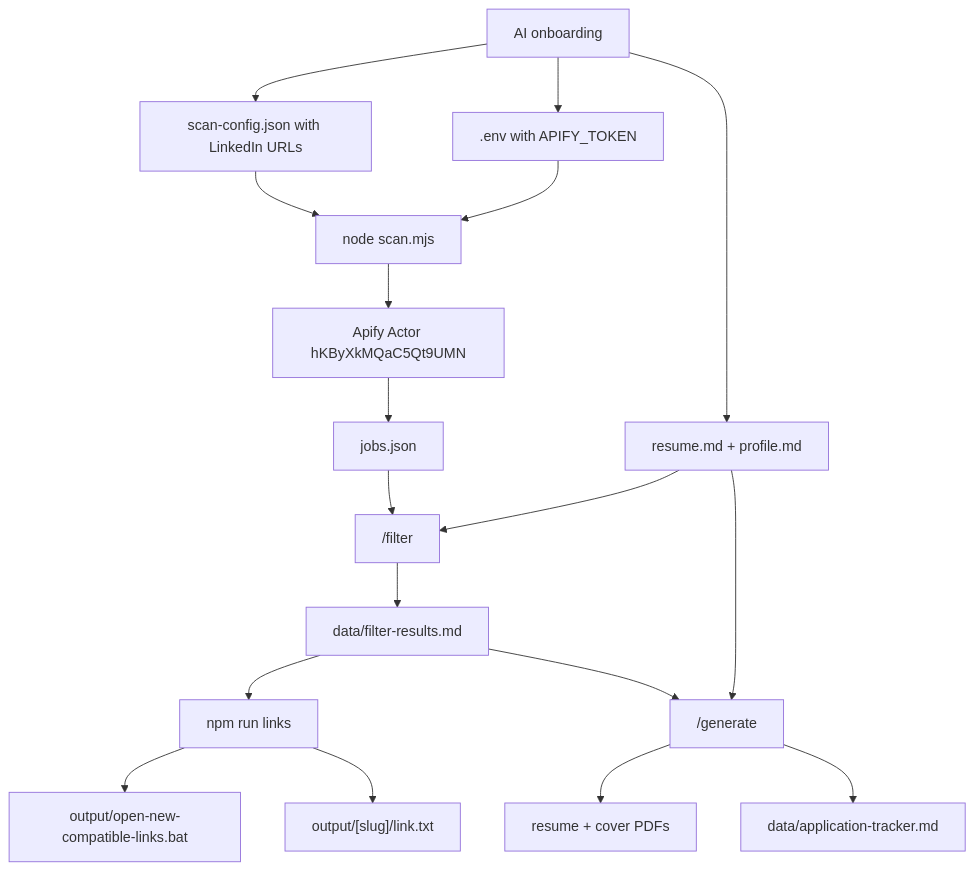
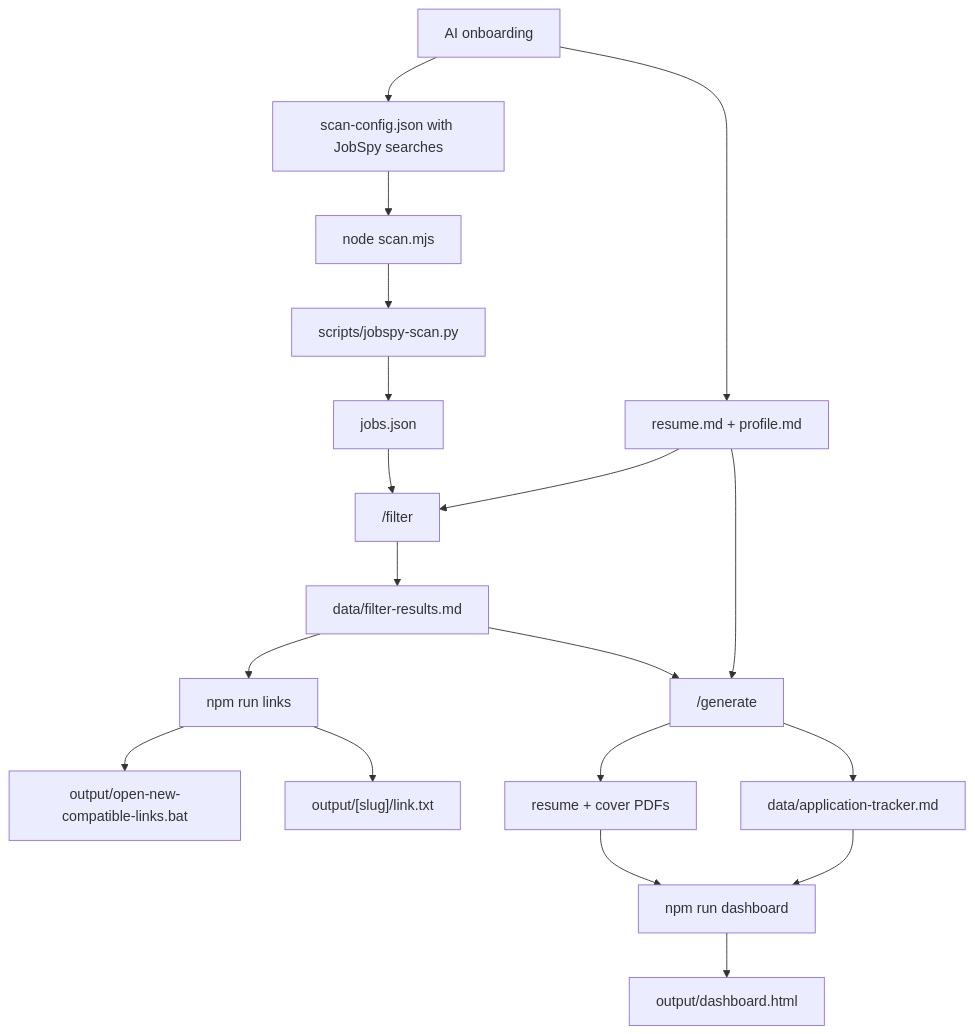
Before and after one commit to PoPoGne/job-scout-agent: the diagram in README.md, drawn with Mermaid. The commit also changed other lines of this file and 22 other files, not shown here.

Commit message:
Add JobSpy scanning and application dashboard

````diff
--- a/README.md
+++ b/README.md
@@ -88,20 +89,21 @@
 ```mermaid
 flowchart TD
   A["AI onboarding"] --> B["resume.md + profile.md"]
-  A --> C[".env with APIFY_TOKEN"]
-  A --> D["scan-config.json with LinkedIn URLs"]
+  A --> D["scan-config.json with JobSpy searches"]
   D --> E["node scan.mjs"]
-  C --> E
-  E --> F["Apify Actor hKByXkMQaC5Qt9UMN"]
+  E --> F["scripts/jobspy-scan.py"]
   F --> G["jobs.json"]
   G --> H["/filter"]
   B --> H
   H --> I["data/filter-results.md"]
   I --> J["npm run links"]
   J --> K["output/open-new-compatible-links.bat"]
   J --> L["output/[slug]/link.txt"]
   I --> M["/generate"]
   B --> M
   M --> N["resume + cover PDFs"]
   M --> O["data/application-tracker.md"]
+  N --> P["npm run dashboard"]
+  O --> P
+  P --> Q["output/dashboard.html"]
 ```
````
